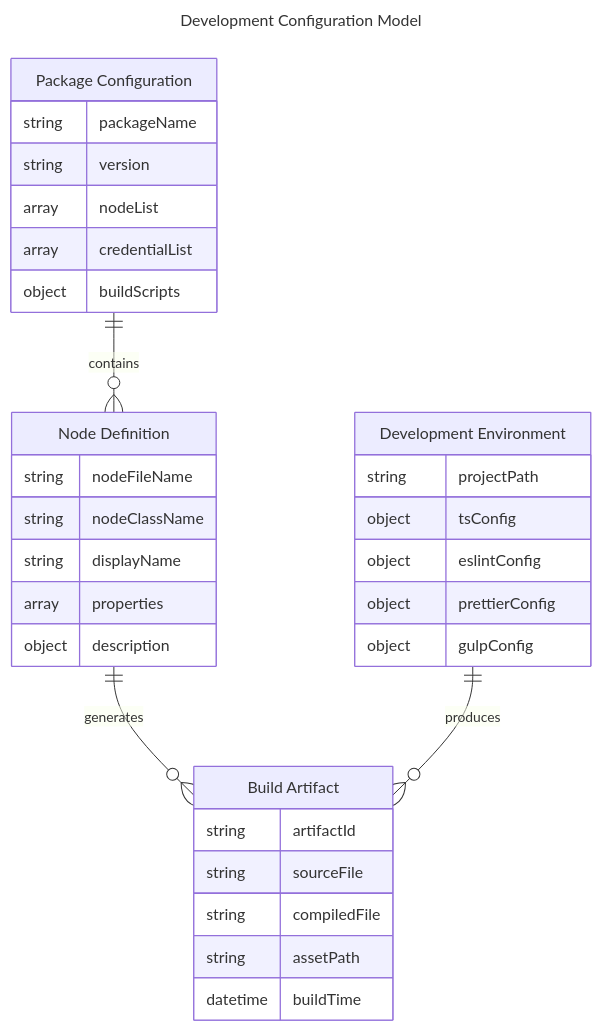
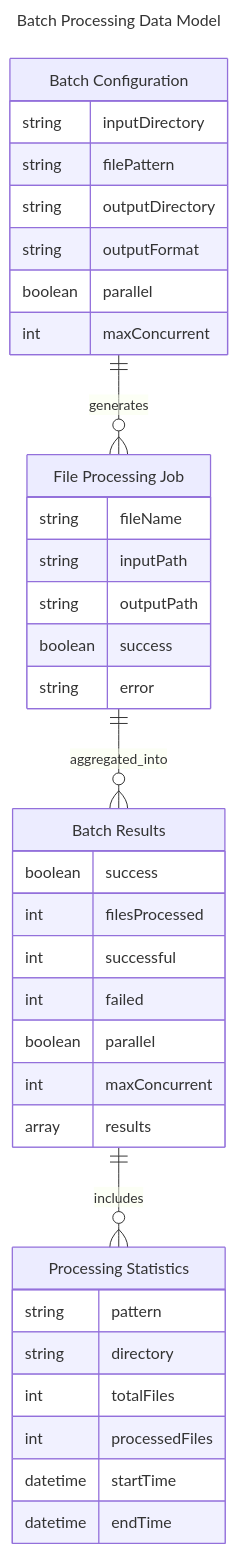
Diagram 15 of 18 in docs/designs/use_cases.md (RustedVikingOG/n8n-nodes-mermaid), drawn with Mermaid before and after one commit. The commit also changed other lines of this file and 5 other files, not shown here.

Commit message:
docs: complete architecture and use cases documentation sync per documenter-prompt requirements

````diff
--- a/docs/designs/use_cases.md
+++ b/docs/designs/use_cases.md
@@ -439,41 +446,45 @@
 ```mermaid
 ---
-title: Development Configuration Model
+title: Batch Processing Data Model
 ---
 erDiagram
-    "Package Configuration" {
-        string packageName
-        string version
-        array nodeList
-        array credentialList
-        object buildScripts
+    "Batch Configuration" {
+        string inputDirectory
+        string filePattern
+        string outputDirectory
+        string outputFormat
+        boolean parallel
+        int maxConcurrent
     }
     
-    "Node Definition" {
-        string nodeFileName
-        string nodeClassName
-        string displayName
-        array properties
-        object description
+    "File Processing Job" {
+        string fileName
+        string inputPath
+        string outputPath
+        boolean success
+        string error
     }
     
-    "Build Artifact" {
-        string artifactId
-        string sourceFile
-        string compiledFile
-        string assetPath
-        datetime buildTime
+    "Batch Results" {
+        boolean success
+        int filesProcessed
+        int successful
+        int failed
+        boolean parallel
+        int maxConcurrent
+        array results
     }
     
-    "Development Environment" {
-        string projectPath
-        object tsConfig
-        object eslintConfig
-        object prettierConfig
-        object gulpConfig
+    "Processing Statistics" {
+        string pattern
+        string directory
+        int totalFiles
+        int processedFiles
+        datetime startTime
+        datetime endTime
     }
     
-    "Package Configuration" ||--o{ "Node Definition" : contains
-    "Node Definition" ||--o{ "Build Artifact" : generates
-    "Development Environment" ||--o{ "Build Artifact" : produces
+    "Batch Configuration" ||--o{ "File Processing Job" : generates
+    "File Processing Job" ||--o{ "Batch Results" : aggregated_into
+    "Batch Results" ||--o{ "Processing Statistics" : includes
 ```
````
